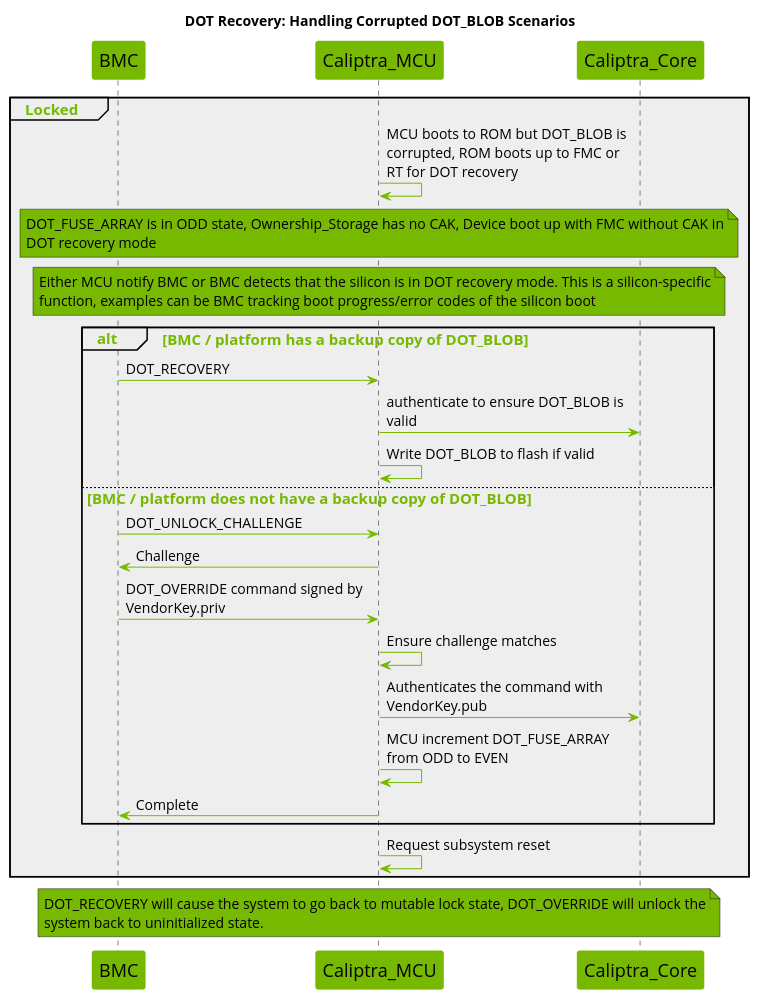
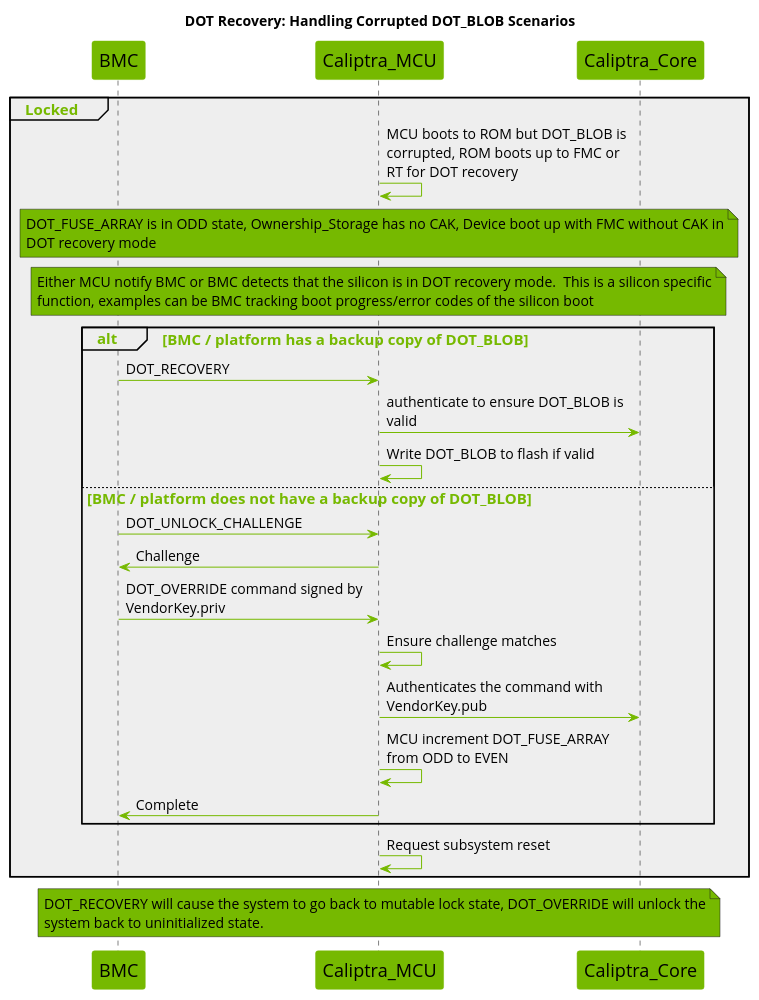
The ninth of 9 diagrams in docs/src/dot.md (chipsalliance/caliptra-mcu-sw), drawn with PlantUML before and after one commit. The commit also changed other lines of this file and 2 other files, not shown here.

First line of the commit message:
docs: Start DOT I3C recovery spec

````diff
--- a/docs/src/dot.md
+++ b/docs/src/dot.md
@@ -1167,58 +1171,58 @@
 ```plantuml
 @startuml
 
 title DOT Recovery: Handling Corrupted DOT_BLOB Scenarios
 
 skinparam maxMessageSize 250
 skinparam wrapWidth 700
 skinparam backgroundColor white
 skinparam NoteBackgroundColor #76b900
 skinparam NoteFontSize 14
 skinparam SequenceGroupBodyBackgroundColor #EEEEEE
 skinparam defaultFontName Open Sans
 
 skinparam sequence {
     ArrowColor #76b900
     ActorBorderColor #76b900
     LifeLineBorderColor #000000
     LifeLineBackgroundColor #76b900
     GroupHeaderFontsize 15
     GroupHeaderFontColor #76b900
     GroupFontSize 15
     GroupFontColor #76b900
     ArrowFontSize 15
     ParticipantBorderColor #76b900
     ParticipantBackgroundColor #76b900
     ParticipantFontSize 18
     ParticipantFontColor black
     ArrowFontSize 14
 }
 
 participant BMC
 participant Caliptra_MCU
 participant Caliptra_Core
 
 group Locked
     Caliptra_MCU -> Caliptra_MCU : MCU boots to ROM but DOT_BLOB is corrupted, ROM boots up to FMC or RT for DOT recovery
     note across : DOT_FUSE_ARRAY is in ODD state, Ownership_Storage has no CAK, Device boot up with FMC without CAK in DOT recovery mode
-    note across : Either MCU notify BMC or BMC detects that the silicon is in DOT recovery mode. This is a silicon-specific function, examples can be BMC tracking boot progress/error codes of the silicon boot
+    note across : Either MCU notify BMC or BMC detects that the silicon is in DOT recovery mode.  This is a silicon specific function, examples can be BMC tracking boot progress/error codes of the silicon boot
     alt BMC / platform has a backup copy of DOT_BLOB
         BMC -> Caliptra_MCU : DOT_RECOVERY
         Caliptra_MCU -> Caliptra_Core : authenticate to ensure DOT_BLOB is valid
         Caliptra_MCU -> Caliptra_MCU : Write DOT_BLOB to flash if valid
     else BMC / platform does not have a backup copy of DOT_BLOB
         BMC -> Caliptra_MCU : DOT_UNLOCK_CHALLENGE
         Caliptra_MCU -> BMC : Challenge
         BMC -> Caliptra_MCU : DOT_OVERRIDE command signed by VendorKey.priv
         Caliptra_MCU -> Caliptra_MCU : Ensure challenge matches
         Caliptra_MCU -> Caliptra_Core : Authenticates the command with VendorKey.pub
         Caliptra_MCU -> Caliptra_MCU : MCU increment DOT_FUSE_ARRAY from ODD to EVEN
         Caliptra_MCU -> BMC : Complete
     end
     Caliptra_MCU -> Caliptra_MCU : Request subsystem reset
 end
 note across : DOT_RECOVERY will cause the system to go back to mutable lock state, DOT_OVERRIDE will unlock the system back to uninitialized state.
 
 
 @enduml
 ```
````
